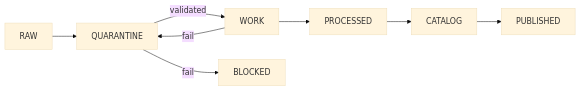
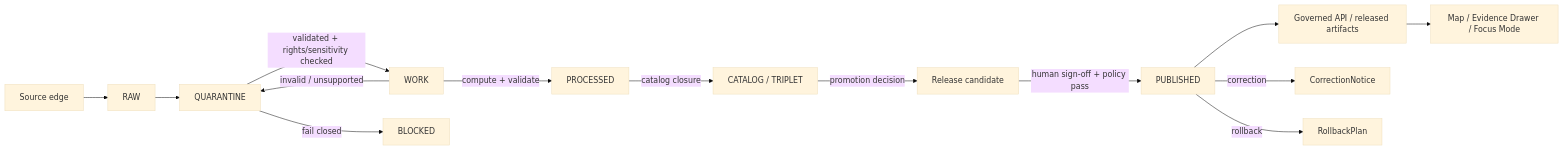
Before and after one commit to bartytime4life/Kansas-Frontier-Matrix: the diagram in docs/architecture/CONTROL_PLANE_INDEX.md, drawn with Mermaid (base theme). The commit also changed other lines of this file, not shown here.

````diff
--- a/docs/architecture/CONTROL_PLANE_INDEX.md
+++ b/docs/architecture/CONTROL_PLANE_INDEX.md
@@ -106,11 +302,20 @@
 ```mermaid
 flowchart LR
-    RAW --> QUARANTINE
-    QUARANTINE -->|validated| WORK
-    WORK --> PROCESSED
-    PROCESSED --> CATALOG
-    CATALOG --> PUBLISHED
+    SOURCE[Source edge] --> RAW[RAW]
+    RAW --> QUARANTINE[QUARANTINE]
+    QUARANTINE -->|validated + rights/sensitivity checked| WORK[WORK]
+    QUARANTINE -->|fail closed| BLOCKED[BLOCKED]
 
-    QUARANTINE -->|fail| BLOCKED
-    WORK -->|fail| QUARANTINE
+    WORK -->|compute + validate| PROCESSED[PROCESSED]
+    WORK -->|invalid / unsupported| QUARANTINE
+
+    PROCESSED -->|catalog closure| CATALOG[CATALOG / TRIPLET]
+    CATALOG -->|promotion decision| RELEASE[Release candidate]
+    RELEASE -->|human sign-off + policy pass| PUBLISHED[PUBLISHED]
+
+    PUBLISHED --> API[Governed API / released artifacts]
+    API --> UI[Map / Evidence Drawer / Focus Mode]
+
+    PUBLISHED -->|correction| CORRECTION[CorrectionNotice]
+    PUBLISHED -->|rollback| ROLLBACK[RollbackPlan]
 ```
````
